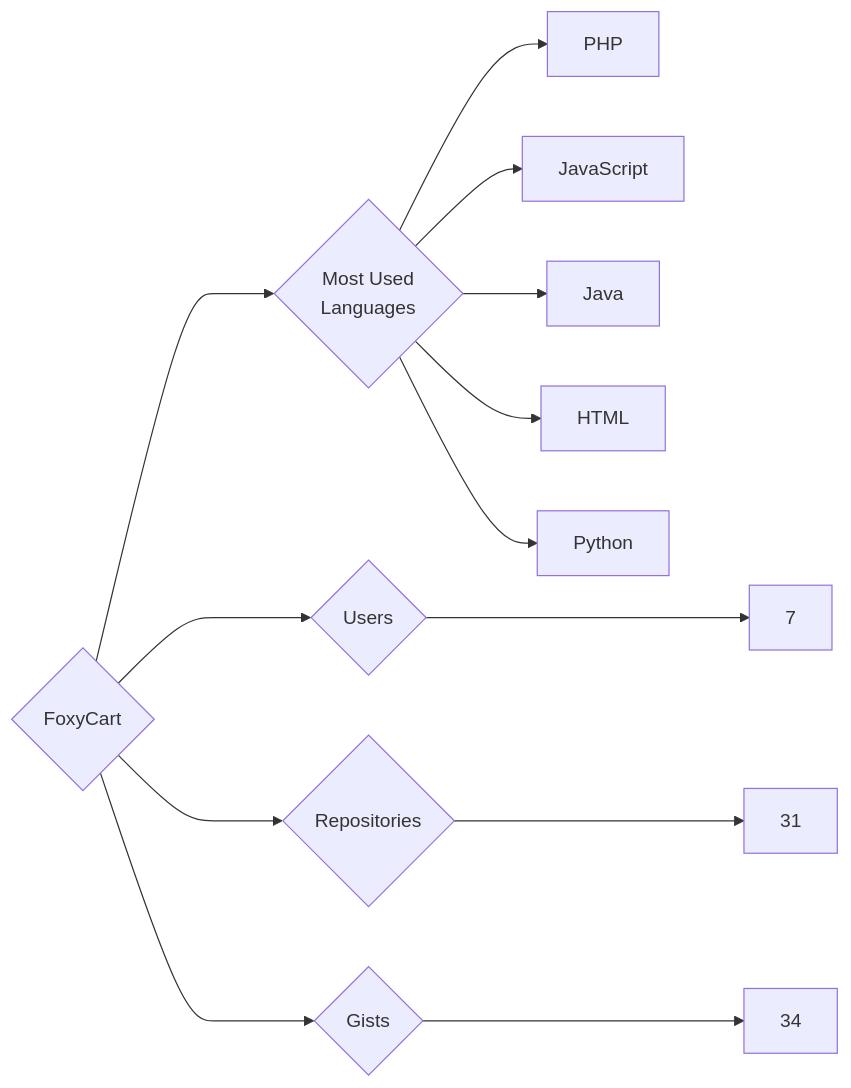
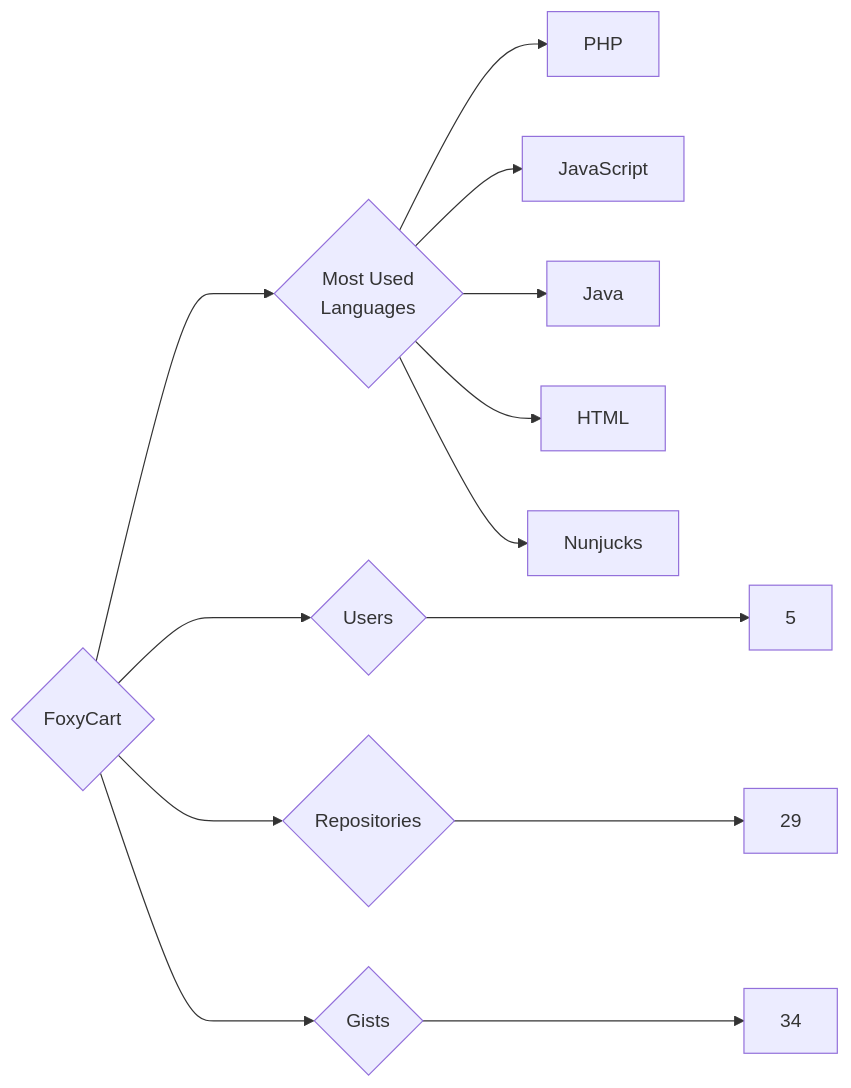
One commit to trickest/insiders changed the diagram in targets/FoxyCart/README.md. Above: the diagram before and after it, drawn with Mermaid. The commit also changed 1167 other files, not shown here.

````diff
--- a/targets/FoxyCart/README.md
+++ b/targets/FoxyCart/README.md
@@ -3,13 +3,13 @@
 ```mermaid
 graph LR
 COMPANY_NAME{FoxyCart}
-COMPANY_NAME ---> U{Users} ---> UN[7]
-COMPANY_NAME ---> R{Repositories} ---> RN[31]
+COMPANY_NAME ---> U{Users} ---> UN[5]
+COMPANY_NAME ---> R{Repositories} ---> RN[29]
 COMPANY_NAME ---> G{Gists} ---> GN[34]
 COMPANY_NAME ---> ML{Most Used<br>Languages}
 ML --> PHP[PHP]
 ML --> JavaScript[JavaScript]
 ML --> Java[Java]
 ML --> HTML[HTML]
-ML --> Python[Python]
+ML --> Nunjucks[Nunjucks]
 ```
````
